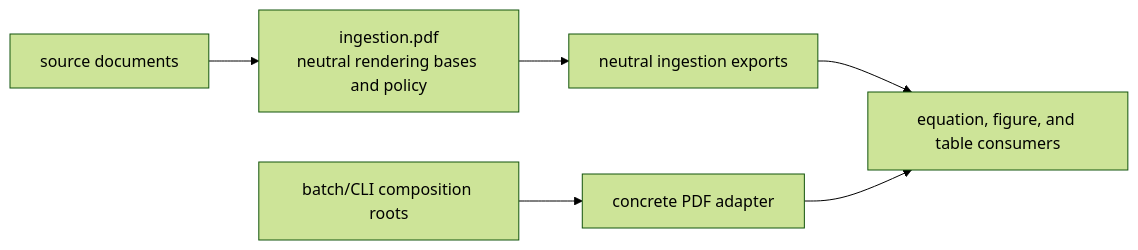
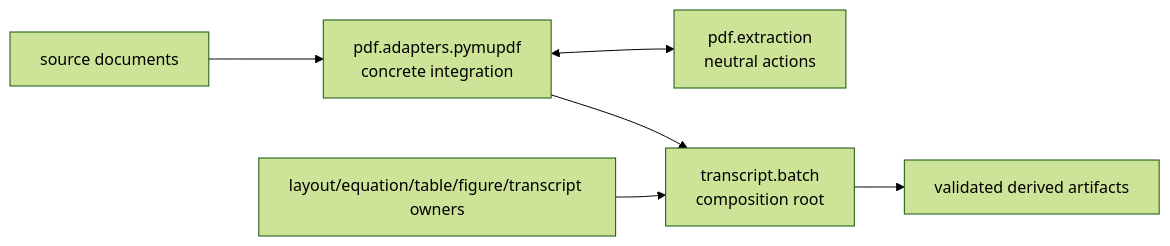
The diagram in docs/architecture/projectkoios/ingestion/schematic.md (eragasa/projectkoios-ingestion), drawn with Mermaid (forest theme) before and after one commit. The commit also changed other lines of this file and 176 other files, not shown here.

Commit message:
Refactor ingestion document and integration architecture

````diff
--- a/docs/architecture/projectkoios/ingestion/schematic.md
+++ b/docs/architecture/projectkoios/ingestion/schematic.md
@@ -3,15 +3,15 @@
 ```mermaid
 flowchart LR
     Source["source documents"]
-    Pdf["ingestion.pdf<br/>neutral rendering bases and policy"]
-    Public["neutral ingestion exports"]
-    Consumers["equation, figure, and table consumers"]
-    Roots["batch/CLI composition roots"]
-    Adapter["concrete PDF adapter"]
+    PdfExtraction["pdf.extraction<br/>neutral actions"]
+    PdfAdapter["pdf.adapters.pymupdf<br/>concrete integration"]
+    TranscriptBatch["transcript.batch<br/>composition root"]
+    Owners["layout/equation/table/figure/transcript owners"]
+    Outputs["validated derived artifacts"]
 
-    Source --> Pdf
-    Pdf --> Public
-    Public --> Consumers
-    Roots --> Adapter
-    Adapter --> Consumers
+    Source --> PdfAdapter
+    PdfAdapter <--> PdfExtraction
+    PdfAdapter --> TranscriptBatch
+    Owners --> TranscriptBatch
+    TranscriptBatch --> Outputs
 ```
````
